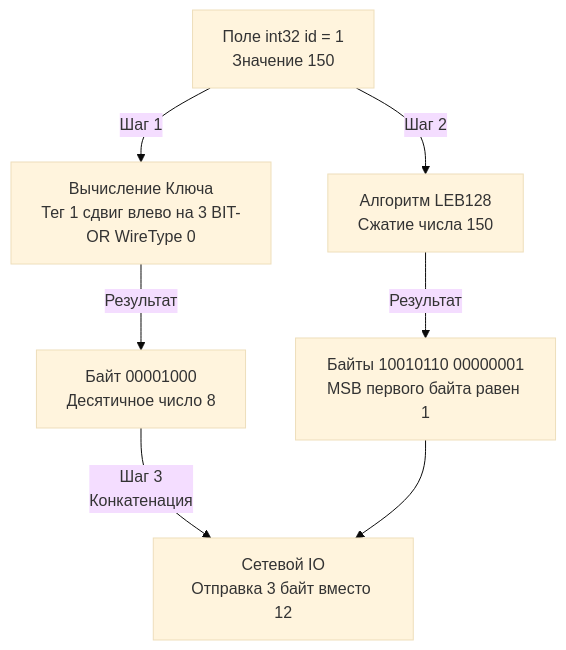
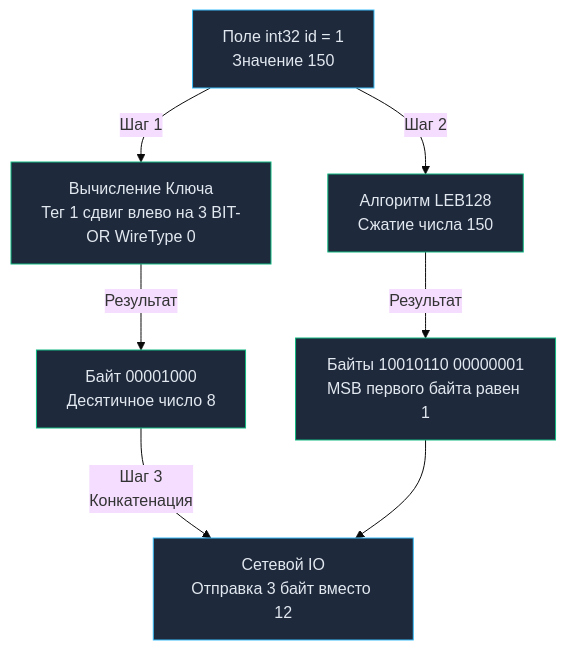
One commit to UnrealTemplier/go-textbook changed the diagram in sources/10. Проектирование API и Сетевые протоколы/17. Protocol Buffers.md. Above: the diagram before and after it, drawn with Mermaid (base theme). The commit also changed other lines of this file, not shown here.

````diff
--- a/sources/10. Проектирование API и Сетевые протоколы/17. Protocol Buffers.md
+++ b/sources/10. Проектирование API и Сетевые протоколы/17. Protocol Buffers.md
@@ -56,11 +67,16 @@
 ```mermaid
 flowchart TD
-    Field["Поле int32 id = 1<br>Значение 150"]-->|"Шаг 1"|TagCalc["Вычисление Ключа<br>Тег 1 сдвиг влево на 3 BIT-OR WireType 0"]
-    TagCalc-->|"Результат"|KeyByte["Байт 00001000<br>Десятичное число 8"]
+    Field["Поле int32 id = 1<br>Значение 150"] -->|"Шаг 1"| TagCalc["Вычисление Ключа<br>Тег 1 сдвиг влево на 3 BIT-OR WireType 0"]
+    TagCalc -->|"Результат"| KeyByte["Байт 00001000<br>Десятичное число 8"]
     
-    Field-->|"Шаг 2"|VarintCalc["Алгоритм LEB128<br>Сжатие числа 150"]
-    VarintCalc-->|"Результат"|VarintBytes["Байты 10010110 00000001<br>MSB первого байта равен 1"]
+    Field -->|"Шаг 2"| VarintCalc["Алгоритм LEB128<br>Сжатие числа 150"]
+    VarintCalc -->|"Результат"| VarintBytes["Байты 10010110 00000001<br>MSB первого байта равен 1"]
     
-    KeyByte-->|"Шаг 3<br>Конкатенация"|Net["Сетевой IO<br>Отправка 3 байт вместо 12"]
-    VarintBytes-->Net
+    KeyByte -->|"Шаг 3<br>Конкатенация"| Net["Сетевой IO<br>Отправка 3 байт вместо 12"]
+    VarintBytes --> Net
+
+    classDef proc fill:#1e293b,stroke:#38bdf8,stroke-width:1px,color:#e2e8f0;
+    classDef calc fill:#1e293b,stroke:#10b981,stroke-width:1px,color:#e2e8f0;
+    class Field,Net proc;
+    class TagCalc,KeyByte,VarintCalc,VarintBytes calc;
 ```
````
